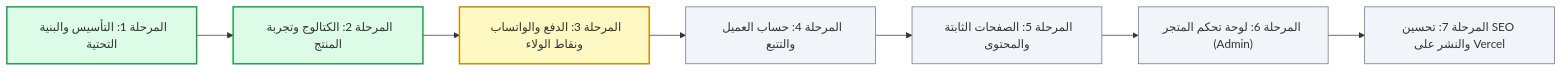
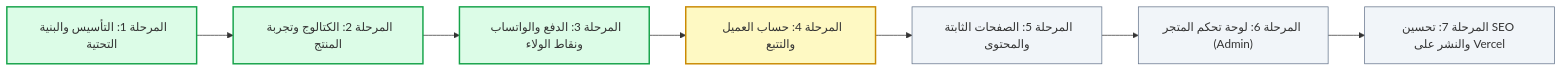
Before and after one commit to SiRacem/VAYRO-STORE: the diagram in docs/ROADMAP.md, drawn with Mermaid. The commit also changed other lines of this file, not shown here.

Commit message:
docs: mark phase 3 complete in roadmap

````diff
--- a/docs/ROADMAP.md
+++ b/docs/ROADMAP.md
@@ -11,17 +11,17 @@
 ```mermaid
 flowchart LR
     P1["المرحلة 1: التأسيس والبنية التحتية"] --> P2["المرحلة 2: الكتالوج وتجربة المنتج"]
     P2 --> P3["المرحلة 3: الدفع والواتساب ونقاط الولاء"]
     P3 --> P4["المرحلة 4: حساب العميل والتتبع"]
     P4 --> P5["المرحلة 5: الصفحات الثابتة والمحتوى"]
     P5 --> P6["المرحلة 6: لوحة تحكم المتجر (Admin)"]
     P6 --> P7["المرحلة 7: تحسين SEO والنشر على Vercel"]
     
     style P1 fill:#dcfce7,stroke:#16a34a,stroke-width:2px
     style P2 fill:#dcfce7,stroke:#16a34a,stroke-width:2px
-    style P3 fill:#fef9c3,stroke:#ca8a04,stroke-width:2px
-    style P4 fill:#f1f5f9,stroke:#64748b,stroke-width:1px
+    style P3 fill:#dcfce7,stroke:#16a34a,stroke-width:2px
+    style P4 fill:#fef9c3,stroke:#ca8a04,stroke-width:2px
     style P5 fill:#f1f5f9,stroke:#64748b,stroke-width:1px
     style P6 fill:#f1f5f9,stroke:#64748b,stroke-width:1px
     style P7 fill:#f1f5f9,stroke:#64748b,stroke-width:1px
 ```
````
